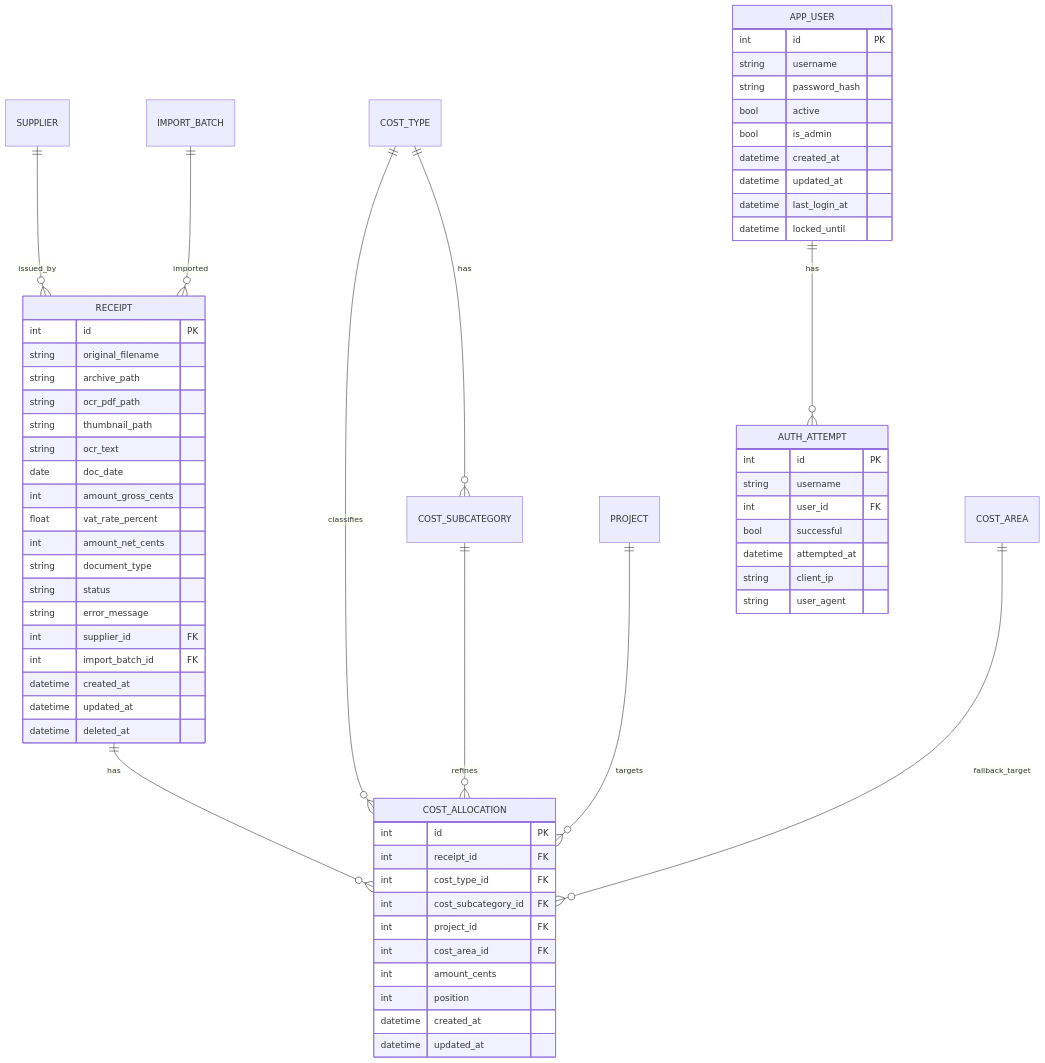
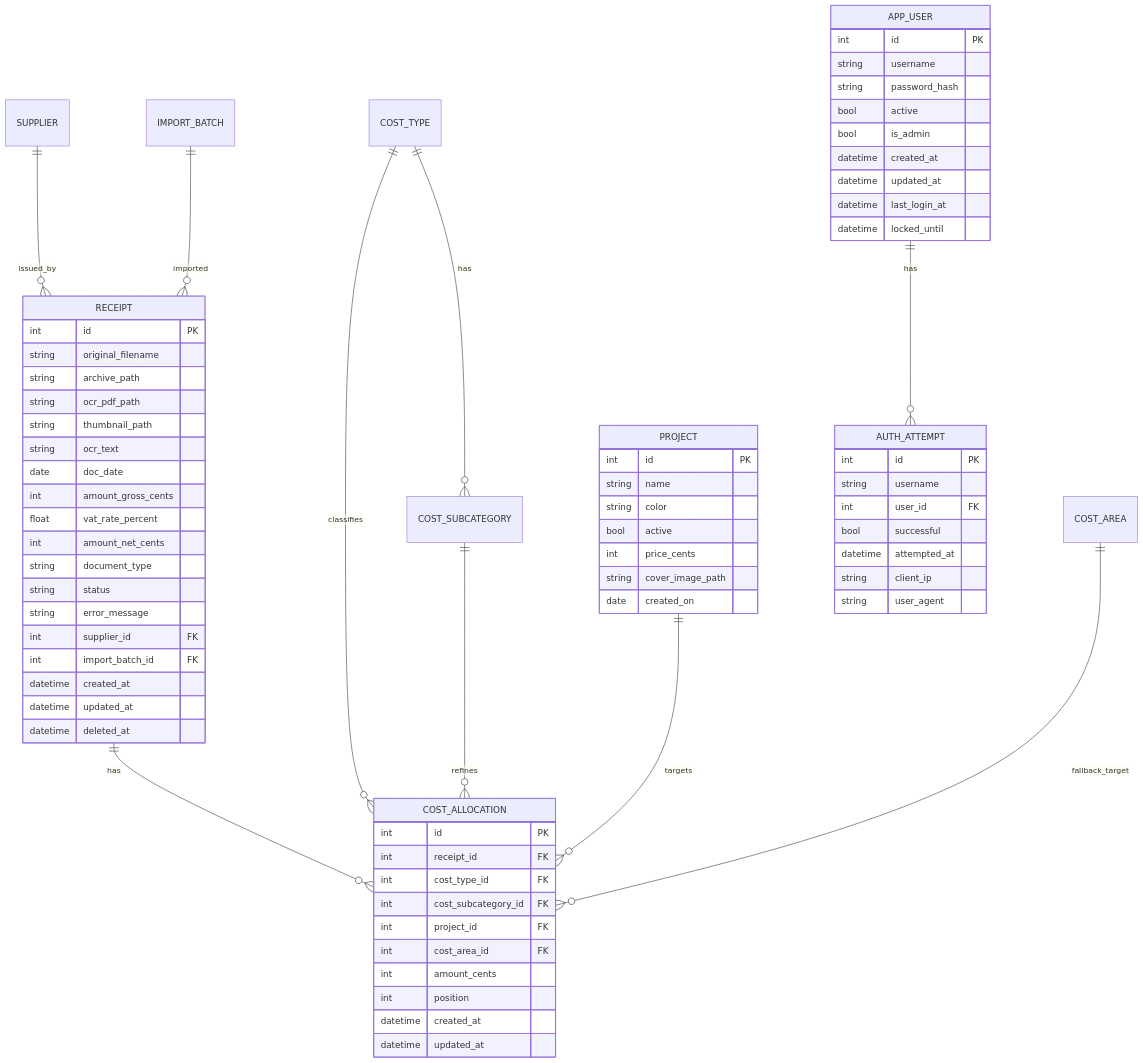
The diagram in docs/developer/database.md (hjenkel/atelierbuddy), drawn with Mermaid before and after one commit. The commit also changed other lines of this file and 5 other files, not shown here.

````diff
--- a/docs/developer/database.md
+++ b/docs/developer/database.md
@@ -19,68 +19,78 @@
 ```mermaid
 erDiagram
     RECEIPT ||--o{ COST_ALLOCATION : has
     COST_TYPE ||--o{ COST_SUBCATEGORY : has
     COST_TYPE ||--o{ COST_ALLOCATION : classifies
     COST_SUBCATEGORY ||--o{ COST_ALLOCATION : refines
     PROJECT ||--o{ COST_ALLOCATION : targets
     COST_AREA ||--o{ COST_ALLOCATION : fallback_target
     SUPPLIER ||--o{ RECEIPT : issued_by
     IMPORT_BATCH ||--o{ RECEIPT : imported
     APP_USER ||--o{ AUTH_ATTEMPT : has
 
     RECEIPT {
       int id PK
       string original_filename
       string archive_path
       string ocr_pdf_path
       string thumbnail_path
       string ocr_text
       date doc_date
       int amount_gross_cents
       float vat_rate_percent
       int amount_net_cents
       string document_type
       string status
       string error_message
       int supplier_id FK
       int import_batch_id FK
       datetime created_at
       datetime updated_at
       datetime deleted_at
     }
 
     COST_ALLOCATION {
       int id PK
       int receipt_id FK
       int cost_type_id FK
       int cost_subcategory_id FK
       int project_id FK
       int cost_area_id FK
       int amount_cents
       int position
       datetime created_at
       datetime updated_at
     }
 
+    PROJECT {
+      int id PK
+      string name
+      string color
+      bool active
+      int price_cents
+      string cover_image_path
+      date created_on
+    }
+
     APP_USER {
       int id PK
       string username
       string password_hash
       bool active
       bool is_admin
       datetime created_at
       datetime updated_at
       datetime last_login_at
       datetime locked_until
     }
 
     AUTH_ATTEMPT {
       int id PK
       string username
       int user_id FK
       bool successful
       datetime attempted_at
       string client_ip
       string user_agent
     }
 ```
````
